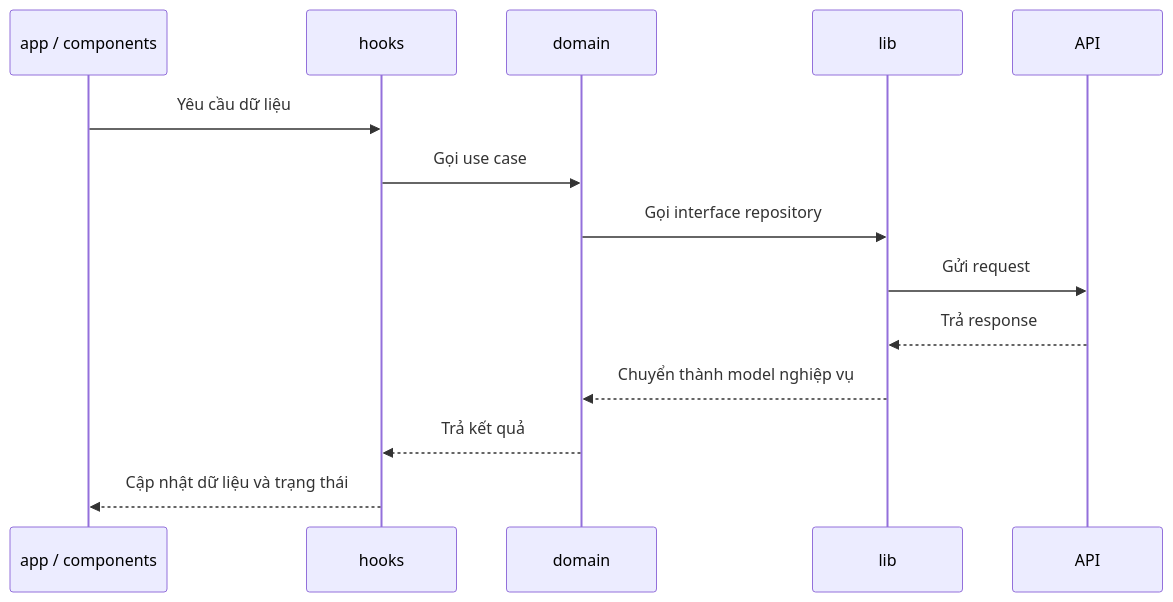
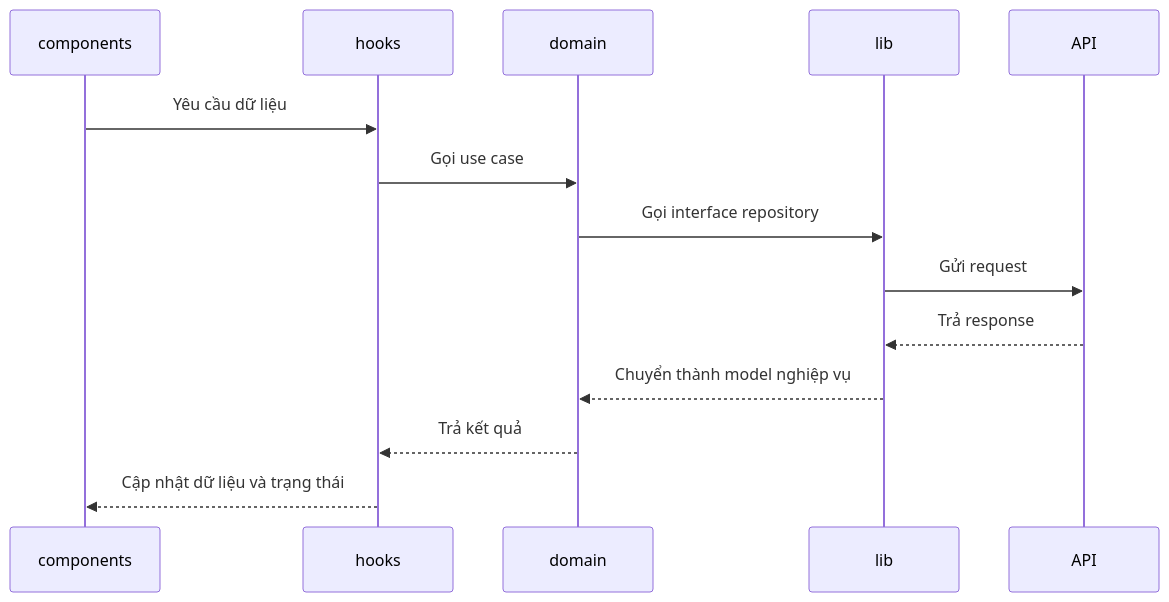
Before and after one commit to QuocDung23/BKPractice-mobile: the second of 2 diagrams in .docs/pm/architecture/README.md, drawn with Mermaid. The commit also changed other lines of this file and 5 other files, not shown here.

````diff
--- a/.docs/pm/architecture/README.md
+++ b/.docs/pm/architecture/README.md
@@ -66,16 +67,16 @@
 ```mermaid
 sequenceDiagram
-    participant UI as app / components
+    participant UI as components
     participant Hook as hooks
     participant Domain as domain
     participant Lib as lib
     participant Server as API
     UI->>Hook: Yêu cầu dữ liệu
     Hook->>Domain: Gọi use case
     Domain->>Lib: Gọi interface repository
     Lib->>Server: Gửi request
     Server-->>Lib: Trả response
     Lib-->>Domain: Chuyển thành model nghiệp vụ
     Domain-->>Hook: Trả kết quả
     Hook-->>UI: Cập nhật dữ liệu và trạng thái
 ```
````
